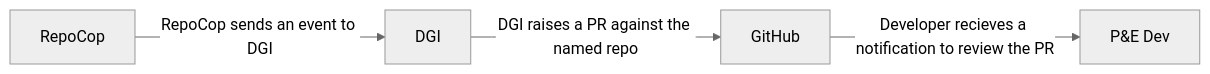
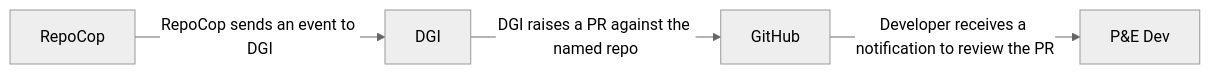
The first of 2 diagrams in packages/dependency-graph-integrator/README.md (guardian/service-catalogue), drawn with Mermaid (neutral theme) before and after one commit. The commit also changed other lines of this file, not shown here.

````diff
--- a/packages/dependency-graph-integrator/README.md
+++ b/packages/dependency-graph-integrator/README.md
@@ -52,11 +67,11 @@
 ```mermaid
 flowchart LR
     github[GitHub]
     dev[P&E Dev]
     repocop[RepoCop]
 	dgi[DGI]
 
     repocop --> |RepoCop sends an event to DGI|dgi
     dgi --> |DGI raises a PR against the named repo|github
-    github --> |Developer recieves a notification to review the PR|dev
+    github --> |Developer receives a notification to review the PR|dev
 ```
````
